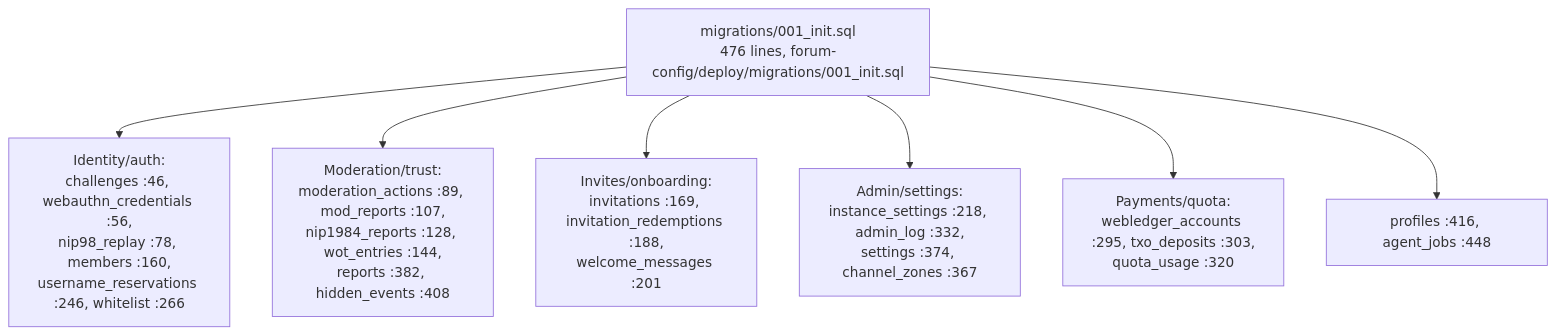
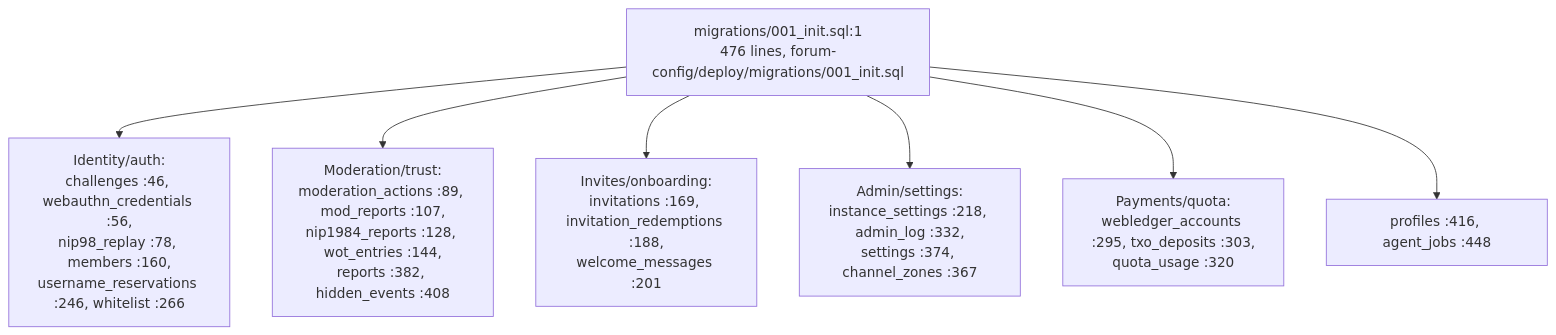
Before and after one commit to DreamLab-AI/VisionFlow: diagram 11 of 11 in docs/diagrams/dreamlab-ai-website/03-forum-config-overlay-zones-admin-kv-sync.md, drawn with Mermaid. The commit also changed 51 other files, not shown here.

First line of the commit message:
docs(diagrams): agentbox AB-01..13 re-attested anchor by anchor (980 anchors, 22 defects); checkpoint against an out-of-mesh writer

````diff
--- a/docs/diagrams/dreamlab-ai-website/03-forum-config-overlay-zones-admin-kv-sync.md
+++ b/docs/diagrams/dreamlab-ai-website/03-forum-config-overlay-zones-admin-kv-sync.md
@@ -215,9 +215,9 @@
 ```mermaid
 flowchart TB
-    MIG["migrations/001_init.sql<br/>476 lines, forum-config/deploy/migrations/001_init.sql"] --> IDENTITY["Identity/auth:<br/>challenges :46, webauthn_credentials :56,<br/>nip98_replay :78, members :160,<br/>username_reservations :246, whitelist :266"]
+    MIG["migrations/001_init.sql:1<br/>476 lines, forum-config/deploy/migrations/001_init.sql"] --> IDENTITY["Identity/auth:<br/>challenges :46, webauthn_credentials :56,<br/>nip98_replay :78, members :160,<br/>username_reservations :246, whitelist :266"]
     MIG --> MOD["Moderation/trust:<br/>moderation_actions :89, mod_reports :107,<br/>nip1984_reports :128, wot_entries :144,<br/>reports :382, hidden_events :408"]
     MIG --> INVITE["Invites/onboarding:<br/>invitations :169, invitation_redemptions :188,<br/>welcome_messages :201"]
     MIG --> ADMIN["Admin/settings:<br/>instance_settings :218, admin_log :332,<br/>settings :374, channel_zones :367"]
     MIG --> PAY["Payments/quota:<br/>webledger_accounts :295, txo_deposits :303,<br/>quota_usage :320"]
     MIG --> MISC["profiles :416, agent_jobs :448"]
 ```
````
